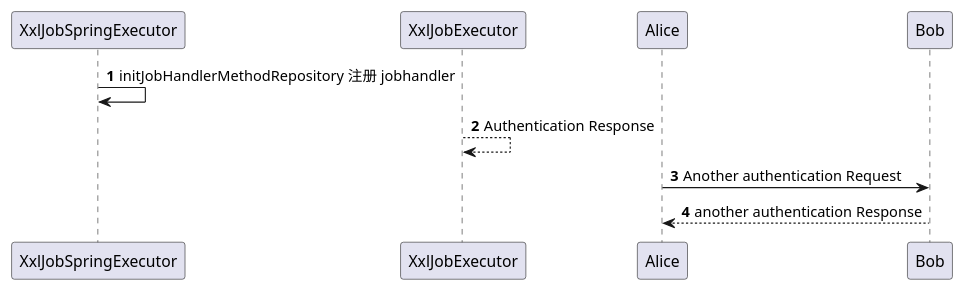
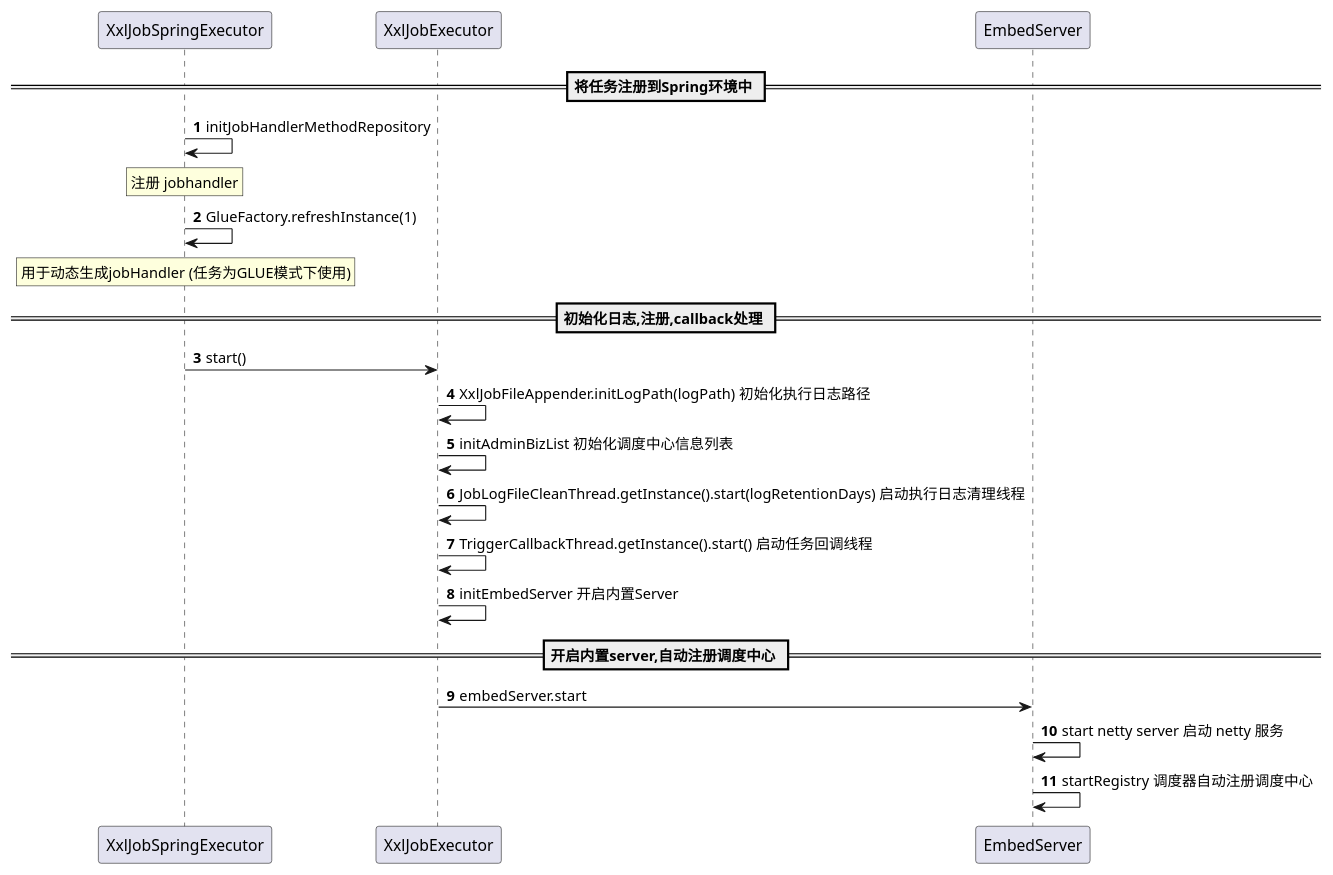
One commit to xushaomin-it/xxl-job changed the diagram in doc/uml/执行器端启动流程.puml. Above: the diagram before and after it, drawn with PlantUML. The commit also changed 1 other file, not shown here.

```diff
--- a/doc/uml/执行器端启动流程.puml
+++ b/doc/uml/执行器端启动流程.puml
@@ -1,11 +1,25 @@
 @startuml
 'https://plantuml.com/sequence-diagram
 
 autonumber
-
-XxlJobSpringExecutor -> XxlJobSpringExecutor: initJobHandlerMethodRepository 注册 jobhandler
-XxlJobExecutor --> XxlJobExecutor: Authentication Response
-
-Alice -> Bob: Another authentication Request
-Alice <-- Bob: another authentication Response
+== 将任务注册到Spring环境中 ==
+XxlJobSpringExecutor -> XxlJobSpringExecutor: initJobHandlerMethodRepository
+rnote over XxlJobSpringExecutor
+注册 jobhandler
+endrnote
+XxlJobSpringExecutor -> XxlJobSpringExecutor: GlueFactory.refreshInstance(1)
+rnote over XxlJobSpringExecutor
+用于动态生成jobHandler (任务为GLUE模式下使用)
+endrnote
+== 初始化日志,注册,callback处理 ==
+XxlJobSpringExecutor -> XxlJobExecutor: start()
+XxlJobExecutor -> XxlJobExecutor: XxlJobFileAppender.initLogPath(logPath) 初始化执行日志路径
+XxlJobExecutor -> XxlJobExecutor: initAdminBizList 初始化调度中心信息列表
+XxlJobExecutor -> XxlJobExecutor: JobLogFileCleanThread.getInstance().start(logRetentionDays) 启动执行日志清理线程
+XxlJobExecutor -> XxlJobExecutor: TriggerCallbackThread.getInstance().start() 启动任务回调线程
+XxlJobExecutor -> XxlJobExecutor: initEmbedServer 开启内置Server
+== 开启内置server,自动注册调度中心 ==
+XxlJobExecutor -> EmbedServer:  embedServer.start
+EmbedServer -> EmbedServer: start netty server 启动 netty 服务
+EmbedServer -> EmbedServer: startRegistry 调度器自动注册调度中心
 @enduml
```
